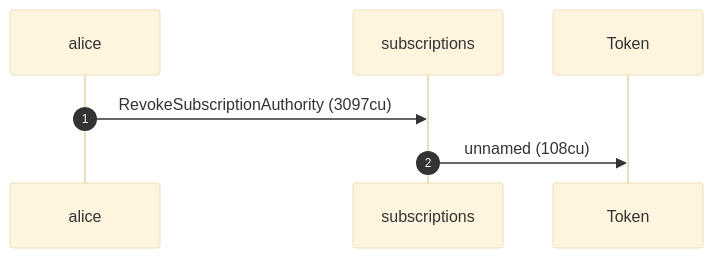
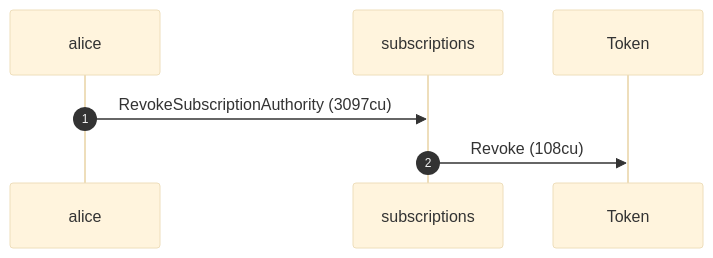
The fifth of 8 diagrams in dsl_tests/revoke-clears-the-delegate.md (cds-rs/subscriptions), drawn with Mermaid (base theme) before and after one commit. The commit also changed other lines of this file and 219 other files, not shown here.

````diff
--- a/dsl_tests/revoke-clears-the-delegate.md
+++ b/dsl_tests/revoke-clears-the-delegate.md
@@ -108,9 +108,9 @@
 ```mermaid
 sequenceDiagram
     autonumber
     participant alice
     participant subscriptions
     participant Token
     alice ->> subscriptions: RevokeSubscriptionAuthority (3097cu)
-    subscriptions ->> Token: unnamed (108cu)
+    subscriptions ->> Token: Revoke (108cu)
 ```
````
